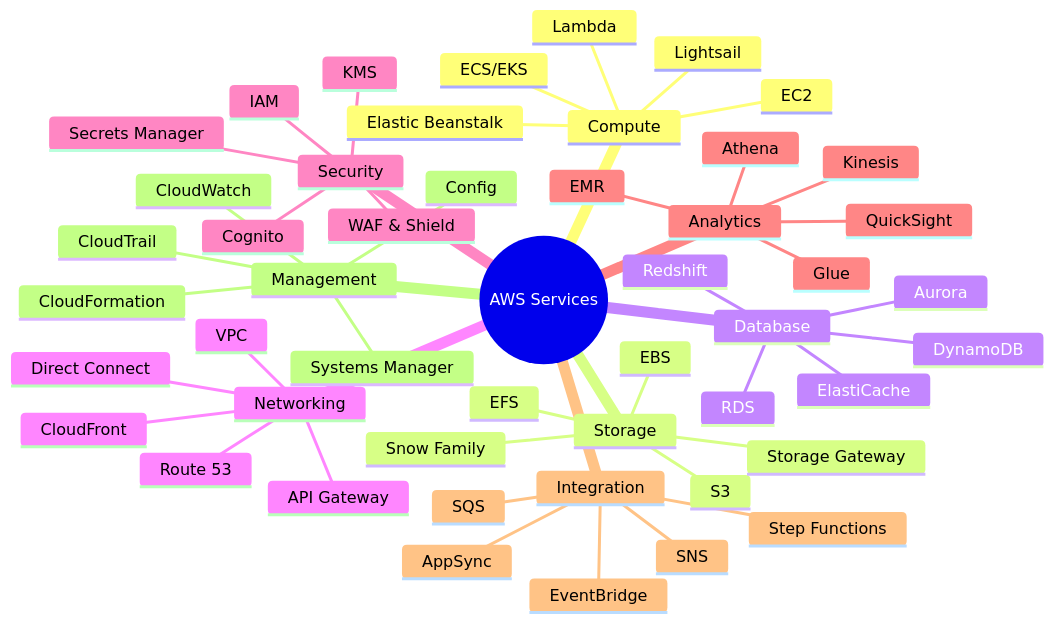
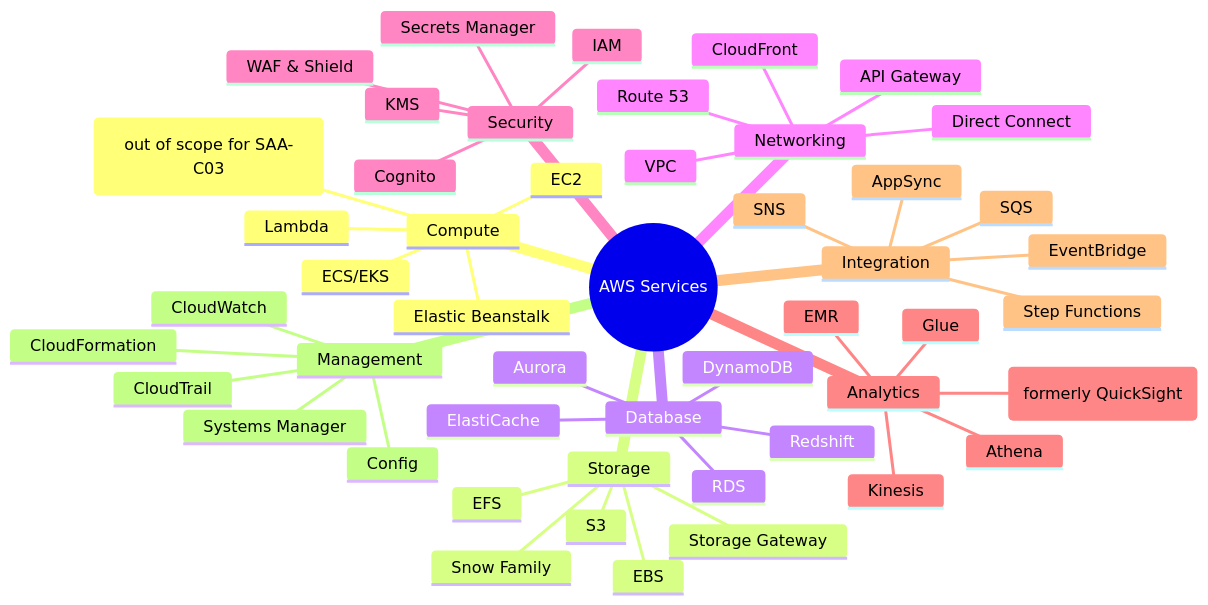
The tenth of 15 diagrams in 01-AWS-Fundamentals/DIAGRAMS.md (vanhoangkha/aws-saa-c03-study-guide-), drawn with Mermaid before and after one commit. The commit also changed other lines of this file and 9 other files, not shown here.

````diff
--- a/01-AWS-Fundamentals/DIAGRAMS.md
+++ b/01-AWS-Fundamentals/DIAGRAMS.md
@@ -380,52 +381,52 @@
 ```mermaid
 mindmap
     root((AWS Services))
         Compute
             EC2
             Lambda
             ECS/EKS
             Elastic Beanstalk
-            Lightsail
+            Lightsail (out of scope for SAA-C03)
         Storage
             S3
             EBS
             EFS
             Storage Gateway
             Snow Family
         Database
             RDS
             DynamoDB
             Aurora
             ElastiCache
             Redshift
         Networking
             VPC
             Route 53
             CloudFront
             Direct Connect
             API Gateway
         Security
             IAM
             Cognito
             Secrets Manager
             WAF & Shield
             KMS
         Analytics
             Athena
             EMR
             Kinesis
-            QuickSight
+            Amazon Quick (formerly QuickSight)
             Glue
         Integration
             SQS
             SNS
             EventBridge
             Step Functions
             AppSync
         Management
             CloudWatch
             CloudFormation
             Systems Manager
             CloudTrail
             Config
 ```
````
